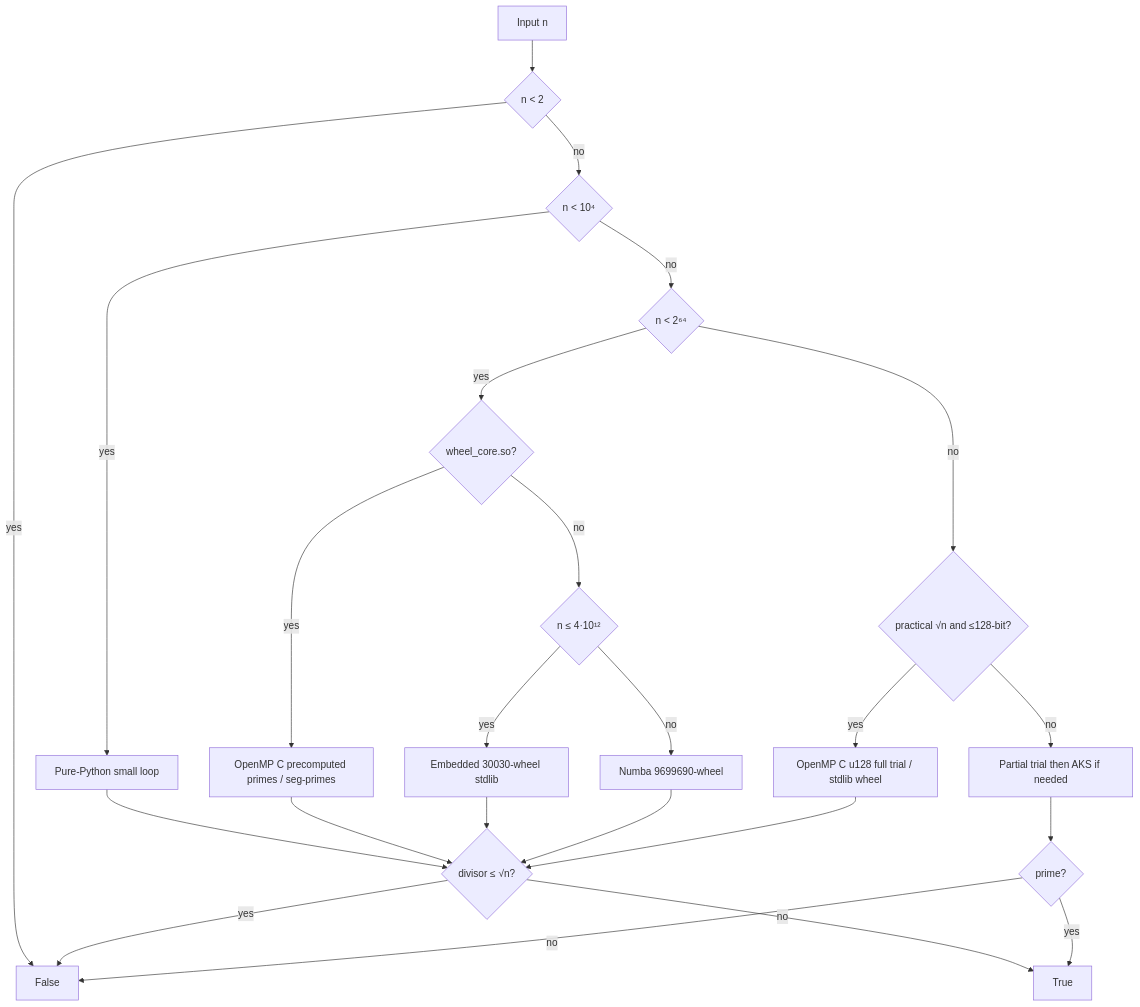
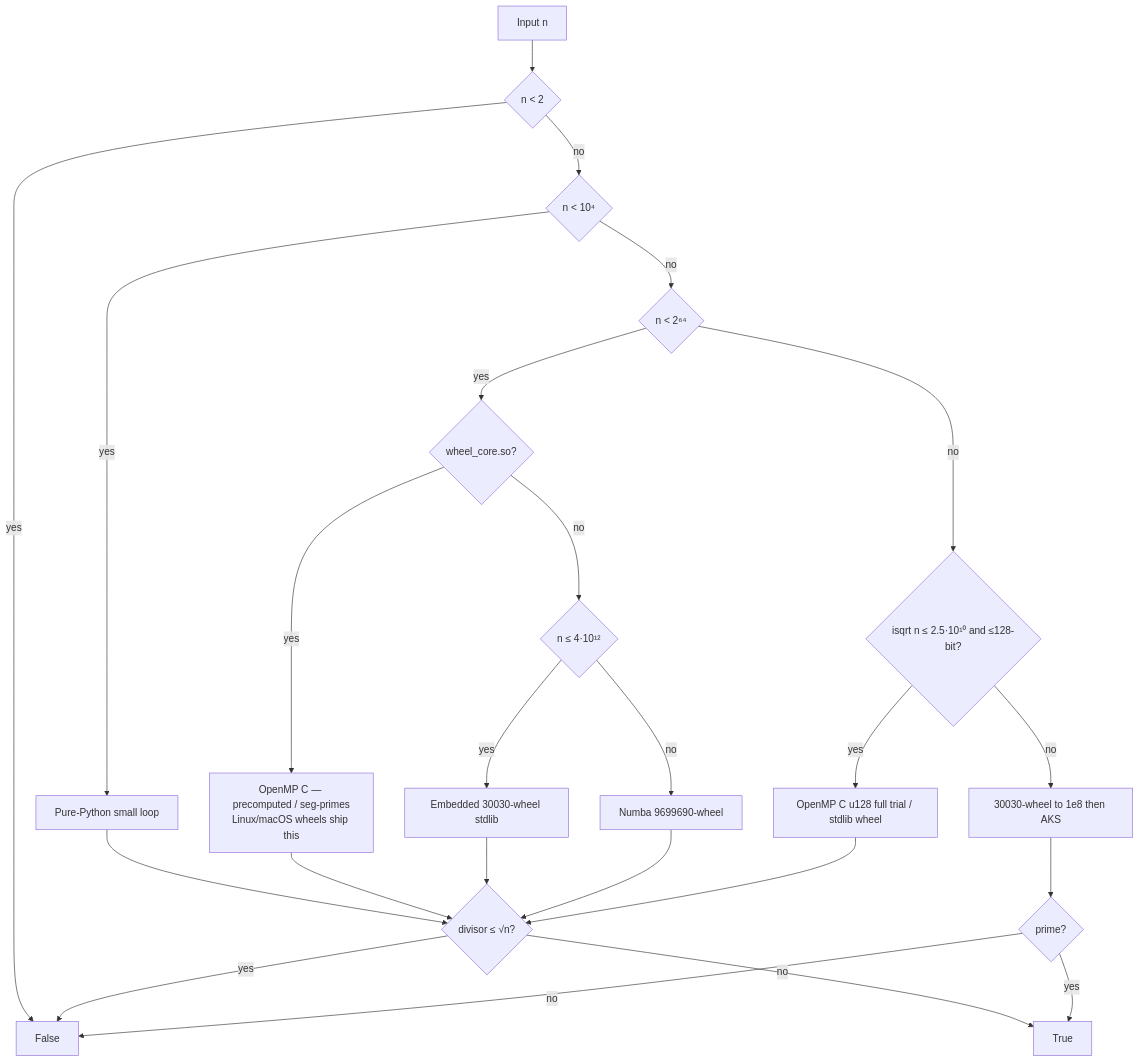
The diagram in README.md (BurakAhmet/Best-Prime-Number-Function), drawn with Mermaid before and after one commit. The commit also changed other lines of this file and 3 other files, not shown here.

````diff
--- a/README.md
+++ b/README.md
@@ -107,26 +157,26 @@
 ```mermaid
 flowchart TD
   A[Input n] --> B{n < 2}
   B -->|yes| Z1[False]
   B -->|no| C{n < 10⁴}
   C -->|yes| P1[Pure-Python small loop]
   C -->|no| D{n < 2⁶⁴}
   D -->|yes| E{wheel_core.so?}
-  E -->|yes| P2[OpenMP C precomputed primes / seg-primes]
+  E -->|yes| P2[OpenMP C — precomputed / seg-primes<br/>Linux/macOS wheels ship this]
   E -->|no| F{n ≤ 4·10¹²}
   F -->|yes| P3[Embedded 30030-wheel stdlib]
   F -->|no| P4[Numba 9699690-wheel]
   P1 --> G{divisor ≤ √n?}
   P2 --> G
   P3 --> G
   P4 --> G
   G -->|yes| Z1
   G -->|no| Z2[True]
-  D -->|no| H{practical √n and ≤128-bit?}
+  D -->|no| H{isqrt n ≤ 2.5·10¹⁰ and ≤128-bit?}
   H -->|yes| P5[OpenMP C u128 full trial / stdlib wheel]
   P5 --> G
-  H -->|no| I[Partial trial then AKS if needed]
+  H -->|no| I[30030-wheel to 1e8 then AKS]
   I --> L{prime?}
   L -->|yes| Z2
   L -->|no| Z1
 ```
````
